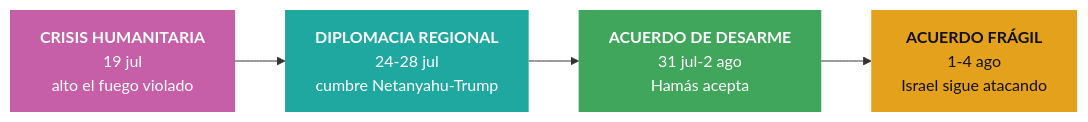
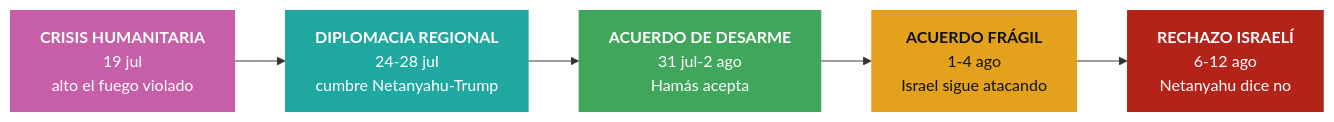
The diagram in global-pulse/data/global-brain/Global Brain/40 · Analisis/Tendencias — Gaza y Oriente Medio.md (msusffalich/covid), drawn with Mermaid before and after one commit. The commit also changed other lines of this file and 4 other files, not shown here.

````diff
--- a/global-pulse/data/global-brain/Global Brain/40 · Analisis/Tendencias — Gaza y Oriente Medio.md
+++ b/global-pulse/data/global-brain/Global Brain/40 · Analisis/Tendencias — Gaza y Oriente Medio.md
@@ -17,12 +20,14 @@
 ```mermaid
 flowchart LR
     A["<b>CRISIS HUMANITARIA</b><br/>19 jul<br/>alto el fuego violado"]:::hum
     B["<b>DIPLOMACIA REGIONAL</b><br/>24-28 jul<br/>cumbre Netanyahu-Trump"]:::dip
     C["<b>ACUERDO DE DESARME</b><br/>31 jul-2 ago<br/>Hamás acepta"]:::acu
     D["<b>ACUERDO FRÁGIL</b><br/>1-4 ago<br/>Israel sigue atacando"]:::fra
-    A --> B --> C --> D
+    E["<b>RECHAZO ISRAELÍ</b><br/>6-12 ago<br/>Netanyahu dice no"]:::rec
+    A --> B --> C --> D --> E
     classDef hum fill:#C75FA8,color:#fff,stroke:none
     classDef dip fill:#1FA8A0,color:#fff,stroke:none
     classDef acu fill:#3FA65C,color:#fff,stroke:none
     classDef fra fill:#E4A11B,color:#111,stroke:none
+    classDef rec fill:#B3231A,color:#fff,stroke:none
 ```
````
